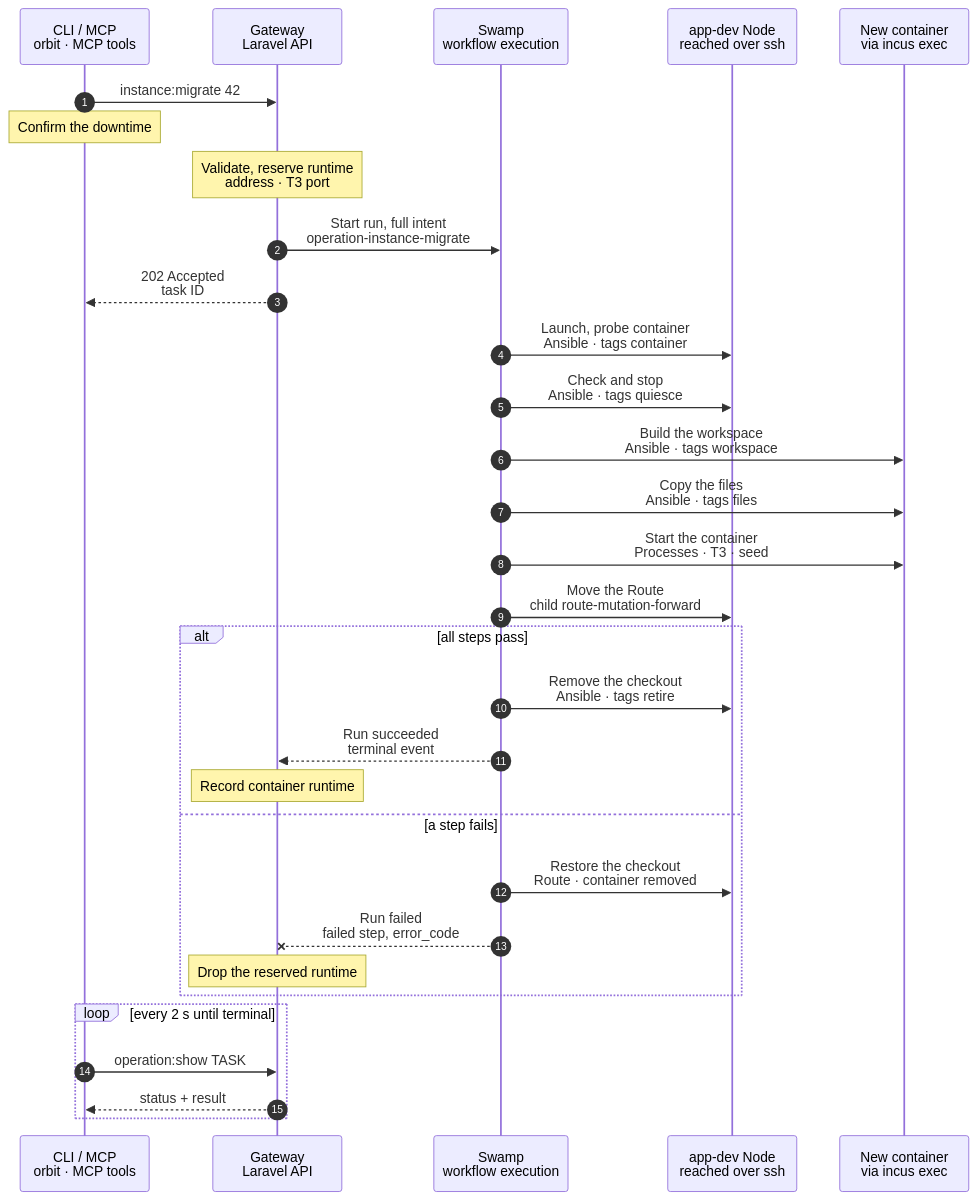
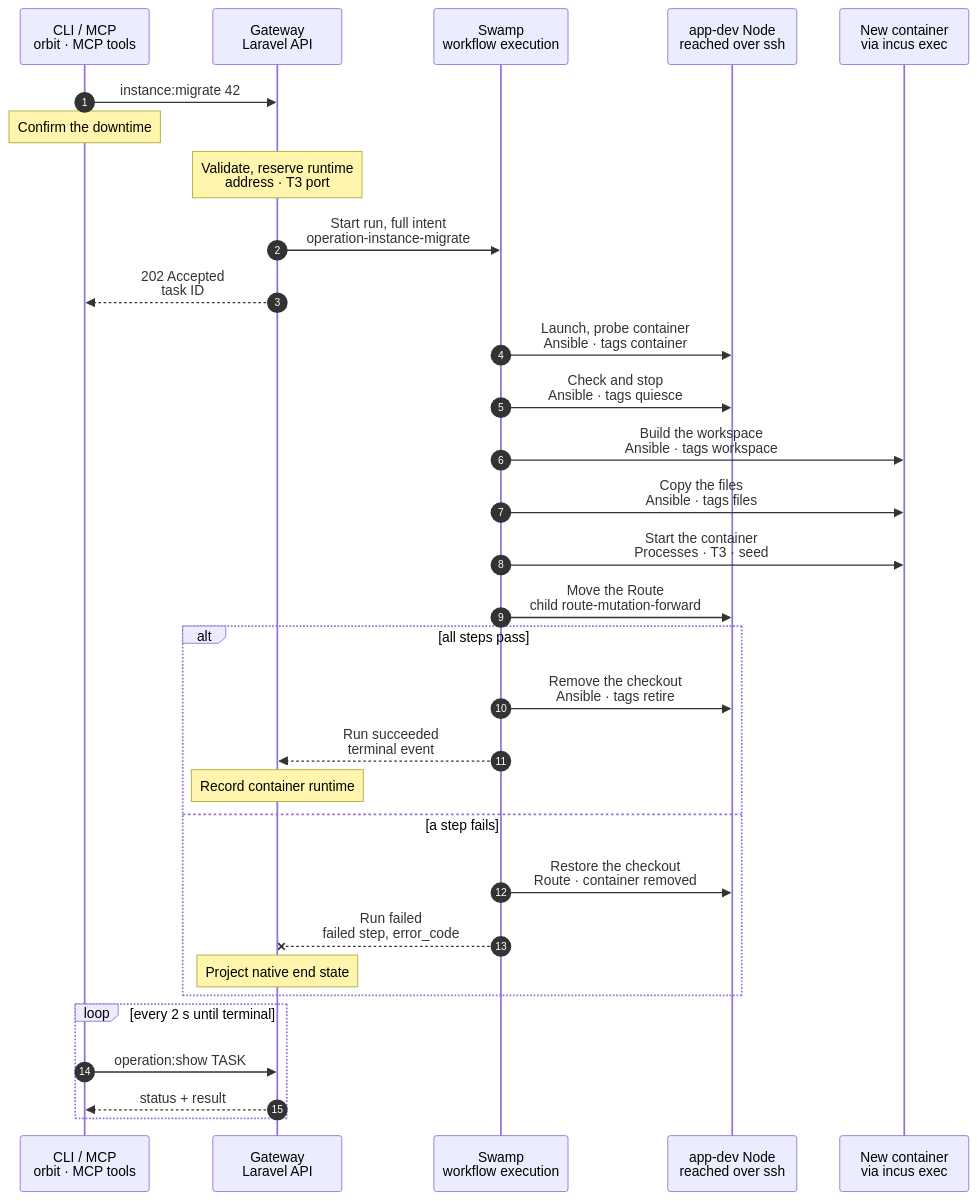
Before and after one commit to hardimpactdev/orbit: the diagram in docs/cli/instance/migrate.mmd, drawn with Mermaid. The commit also changed 41 other files, not shown here.

First line of the commit message:
Fix migrate deadlines and container startup (#3357)

```diff
--- a/docs/cli/instance/migrate.mmd
+++ b/docs/cli/instance/migrate.mmd
@@ -1,106 +1,112 @@
 sequenceDiagram
   %% Container runtime (ADR 0250 step 8, docs/reference/development-containers.md#migrate-a-checkout-instance): one checkout Instance moves into a container, with its code. Its database stays where it is, and the container gets its own way to it. A default Instance moves before the other Instances of its Project, and keeps its checkout until its last worktree has moved. The command exists only until the last checkout Instance has moved (docs/reference/old-paths.md). The container steps are the phases of docs/cli/instance/container/create-default.mmd and create.mmd.
   %% status: draft
   %% command: instance:migrate
   %% kind: instance.migrate
   autonumber
   %% lane CLI icon=terminal pill=caller tone=gray
   %% lane GW icon=gateway pill=intent tone=blue
   %% lane SW icon=workflow pill=executes tone=green
   %% lane N icon=server pill=target tone=amber
   %% lane C icon=server pill=target tone=purple
   participant CLI as CLI / MCP<br/>orbit · MCP tools
   participant GW as Gateway<br/>Laravel API
   participant SW as Swamp<br/>workflow execution
   participant N as app-dev Node<br/>reached over ssh
   participant C as New container<br/>via incus exec
   CLI->>GW: instance:migrate 42
   %%> Command:
   %%> - `orbit instance:migrate INSTANCE`
   %%> - syntax: `<instance> [--force] [--idempotency-key=KEY] [--json]`
   Note over CLI: Confirm the downtime
   %%> What it asks:
   %%> - the Instance goes down during the move, and its old checkout moves to retention after it; `--force` answers yes
   Note over GW: Validate, reserve runtime<br/>address · T3 port
   %%> Requirements:
   %%> - the Instance is an active checkout Instance on an `app-dev` Node of the build list, else `instance.migrate_unsupported`
   %%> - a non-default Instance needs its Project's default Instance in a container first, else `instance.default_not_migrated`
   %%> - the Instance has only ordinary systemd or supported `vp-dev` Processes, no unfinished deployment or Process operation/runtime cleanup and no Route beside its own; a non-default Instance needs Conn and the model router, as a clone does
   %%> - `vp-dev` keeps its identity, assigned port and desired state; unsupported preset versions, custom commands, external paths and recorded container port conflicts refuse before downtime, naming the Process and reason
   %%> - a web-serving Project names its PHP version; a missing version refuses with `project.source_defaults_incomplete`, naming `orbit project:update PROJECT --source-access=github_app` to record it from source
   %%> - a database on a Database server has an IPv4 address and a port, else `instance.database_clone_unsupported`
   %%> Result:
+  %%> - the runtime reservation records its owning Operation; late receipts cannot change a newer owner
+  %%> - the whole-run budget is 5,100 seconds; a lower-bound test includes declared child, restoration and cleanup timeouts
   %%> - the runtime record is reserved: the next bridge address and, for a non-default Instance, the lowest free T3 port
   %%> - the checkout stays the Instance's runtime until the Route has moved; the Route's Node is held for the run
   %%> - the Instance takes no deployment and no wake while the run lasts
   %%> - a non-default Instance's placeholder model key goes to the vault
   GW->>SW: Start run, full intent<br/>operation-instance-migrate
   GW-->>CLI: 202 Accepted<br/>task ID
   SW->>N: Launch, probe container<br/>Ansible · tags container
   %%> What it does:
   %%> - before any Node change, checks the recorded branch and every planned retirement; a refusal leaves prior resources untouched
   %%> - checks checkout symlinks and dependency package links before creating the container, skipping `.git` and installed package contents; broken links or targets outside the checkout refuse with `instance.migrate_symlink_unsupported`, naming every path and target
   %%> - retirement preflight refuses unpushed local branches or detached HEAD and stashes, with their existing named errors; it reads local refs only
   %%> - deletes a container that an earlier failed move left, then creates and starts the new container through the shared container phase; discard leaves shared bridge endpoint rules for host reconciliation
   %%> - each attached target gets an exact TCP allow in both the bridge and NIC ACLs; both keep default reject. Endpoint adds reread on ETag conflict, at most five attempts with a one-second delay
   %%> - probes every attached target from inside the container before downtime, else `instance.database_unreachable`
   %%> - fetches the branch from the checkout into the Node's mirror, including commits never pushed
   SW->>N: Check and stop<br/>Ansible · tags quiesce
   %%> What it does:
   %%> - repeats the branch, retirement and source symlink checks before stopping writers
   %%> - stops and disables the host Process units, then removes the awake marker
   %%> - records that quiesce began, so a failure before it never restarts host units or rewrites the awake marker
   SW->>C: Build the workspace<br/>Ansible · tags workspace
   %%> What it does:
   %%> - pushes the branch in as a bundle and checks it out in a standalone repository in `/srv/workspace`
   %%> - a non-default checkout is a linked worktree, so its `.git` is never copied
   SW->>C: Copy the files<br/>Ansible · tags files
   %%> What it does:
   %%> - copies every file that differs from the commit, every untracked file and every ignored file, `.env` among them
   %%> - removes the tracked files that the checkout deleted, and rewrites the checkout's path in `.env` to `/srv/workspace`
   %%> - checks the exact copied tree inside the container, maps old-checkout targets into the workspace and rewrites absolute internal links there; broken or external links fail with the same code before any Process starts, relative links keep their targets, and source links never change
   %%> - a non-default Instance gets the proxy device that publishes its T3 port
   SW->>C: Start the container<br/>Processes · T3 · seed
+  %%> - container units use `network.target`, nonblocking starts and bounded readiness
   %%> What it does:
   %%> - starts FrankenPHP and the Instance's existing Processes as `orbit`, with the same ids and desired states; their environment files come through the vault
   %%> - writes the shared FrankenPHP Caddyfile and unit; only the Node's bridge peer with `X-Forwarded-Proto: https` sets PHP's HTTPS scheme, port and resolved client IP; other requests keep native values
   %%> - `vp-dev` uses the runtime folder’s `current/bin/vp`, workspace paths and its assigned port on `0.0.0.0`; only the Node can reach that port, and Caddy sends `/__orbit/vite` there
   %%> - a non-default Instance gets `/etc/orbit/instance`, the agent settings and its T3 server, registered as in create
   %%> - a default Instance gets its first `seed-<commit>` snapshot
   SW->>N: Move the Route<br/>child route-mutation-forward
   %%> What it does:
   %%> - points the Instance's Route at FrankenPHP in the container, and withdraws the checkout's PHP-FPM pool
   alt all steps pass
     SW->>N: Remove the checkout<br/>Ansible · tags retire
     %%> What it does:
     %%> - removes the old host Process units and their environment folders
     %%> - repeats the same retirement preflight as an early warning; a new blocker leaves the container serving and the checkout intact
     %%> - atomically moves each old checkout under `<checkout>.orbit-retired-git/<sha256 of original path>`; the retained root is beside the migrating Instance's checkout
     %%> - keeps the whole tree, including Git objects, refs, reflogs, `.git/modules` and nested repositories; a late worktree cannot lose its Git metadata to retirement
     %%> - records `retained_git_path` and `retained_git_at` on the Instance; `instance:show` and the Instance API expose them
     %%> - writes the awake marker; a default's checkout stays until its last worktree has moved; retirement never deletes or prunes Git metadata
     %%> If it fails:
     %%> - the container stays the Instance; the run fails with `instance.migrate_retire_failed`, and the source or retained checkout stays on the Node
     SW-->>GW: Run succeeded<br/>terminal event
     Note over GW: Record container runtime
     %%> Result:
     %%> - the Instance's workspace is the container's; the runtime runs, a default's row holds its seed commit
     %%> - a SQLite file moved with the files, so its connection record goes; stored `.env` values follow the new path
     %%> - the Conn layer records a non-default Instance's T3 server from the result
   else a step fails
     SW->>N: Restore the checkout<br/>Route · container removed
     %%> What it does:
     %%> - puts the Route back on the checkout when the run had moved it
     %%> - deletes the new container, its ACL, its firewall rules and its mirror
     %%> - restores host Process units and the awake marker only when quiesce began; an unreachable target causes zero downtime
     %%> - the checkout and database remain in place
     SW--xGW: Run failed<br/>failed step, error_code
-    Note over GW: Drop the reserved runtime
+    Note over GW: Project native end state
+    %%> - showing the Operation or admitting the next migrate settles native moved/restored/ready after expiry; a restored runtime reservation is removed only while this Operation owns it
+    %%> - an independent phase failure keeps its code; deadline abort stays failed/`operation.timed_out`, user abort stays cancelled
+    %%> - a native finish supplies step statuses and times, even when no events streamed
     %%> Retry:
     %%> - run the same command again; it starts with a new container
     %%> - a restore that failed keeps the reserved record and its address, and names the failed step
   end
   loop every 2 s until terminal
     CLI->>GW: operation:show TASK
     GW-->>CLI: status + result
   end
```
